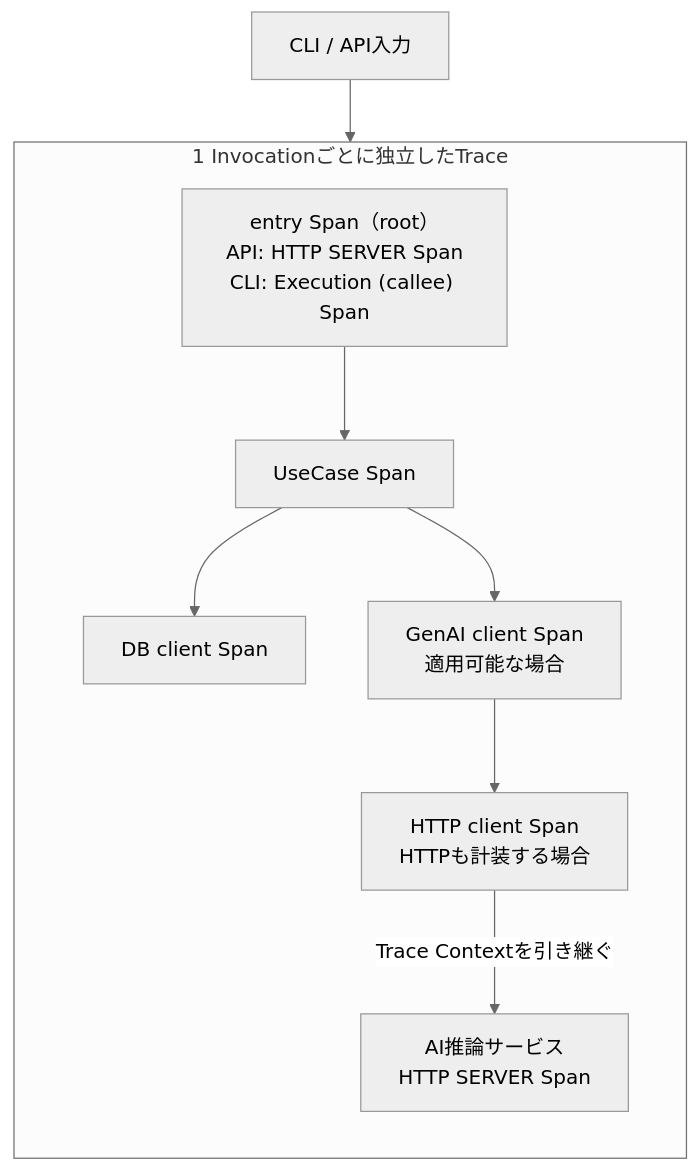
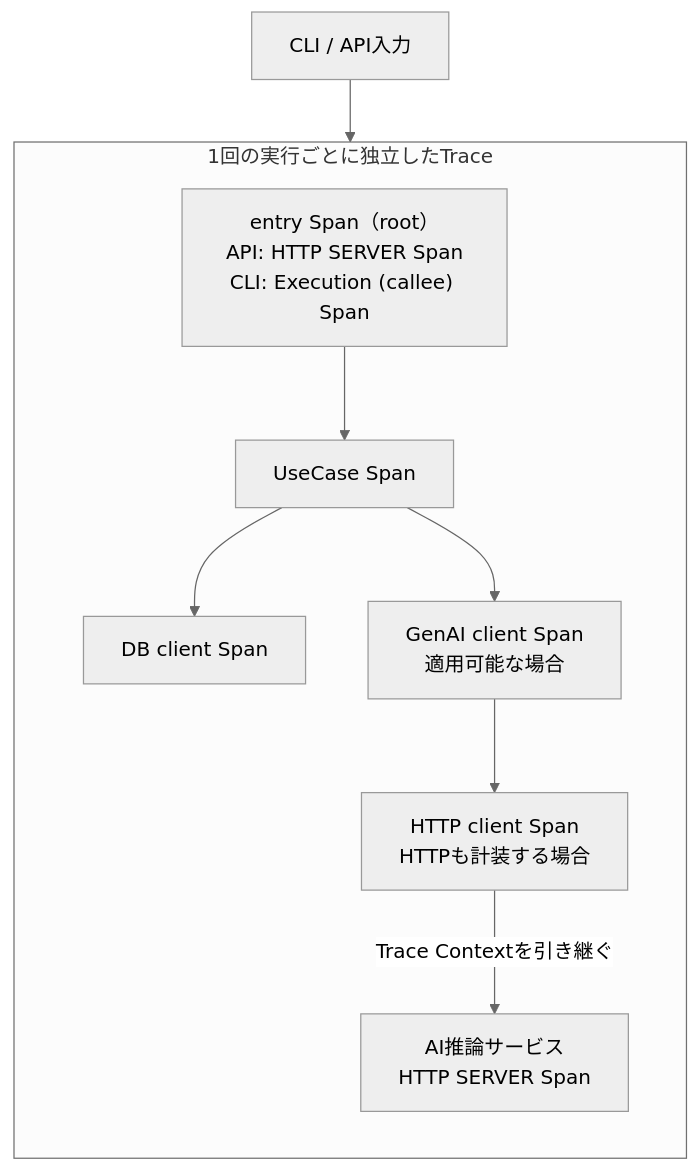
The diagram in Notes/RAGScope/RAGScopeアプリケーション/RS-0023 Trace設計メモ.md (takashit16833/Workbench), drawn with Mermaid (neutral theme) before and after one commit. The commit also changed other lines of this file, not shown here.

````diff
--- a/Notes/RAGScope/RAGScopeアプリケーション/RS-0023 Trace設計メモ.md
+++ b/Notes/RAGScope/RAGScopeアプリケーション/RS-0023 Trace設計メモ.md
@@ -80,22 +80,22 @@
 ```mermaid
 flowchart TB
     INPUT["CLI / API入力"]
 
-    subgraph TRACE["1 Invocationごとに独立したTrace"]
+    subgraph TRACE["1回の実行ごとに独立したTrace"]
         direction TB
         ENTRY["entry Span（root）<br>API: HTTP SERVER Span<br>CLI: Execution (callee) Span"]
         UC["UseCase Span"]
         DB["DB client Span"]
         GENAI["GenAI client Span<br>適用可能な場合"]
         HTTP["HTTP client Span<br>HTTPも計装する場合"]
         AIS["AI推論サービス<br>HTTP SERVER Span"]
 
         ENTRY --> UC
         UC --> DB
         UC --> GENAI
         GENAI --> HTTP
         HTTP -->|"Trace Contextを引き継ぐ"| AIS
     end
 
     INPUT --> ENTRY
 ```
````
